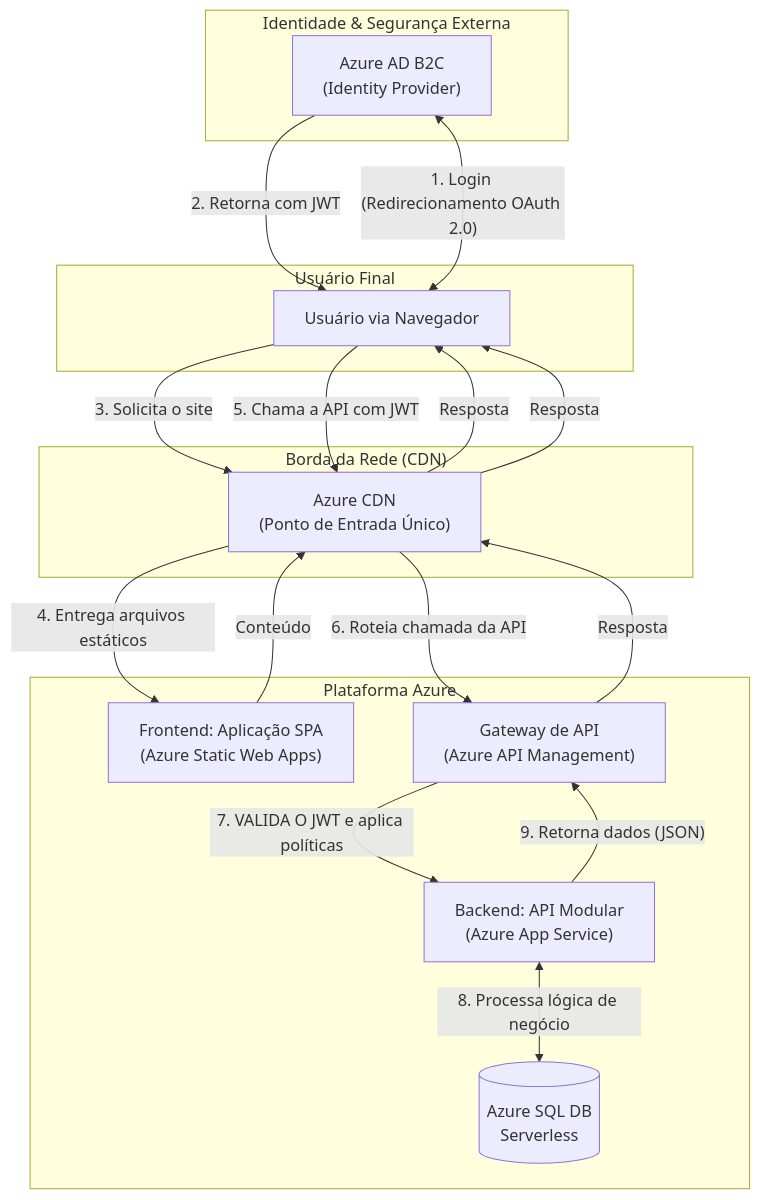
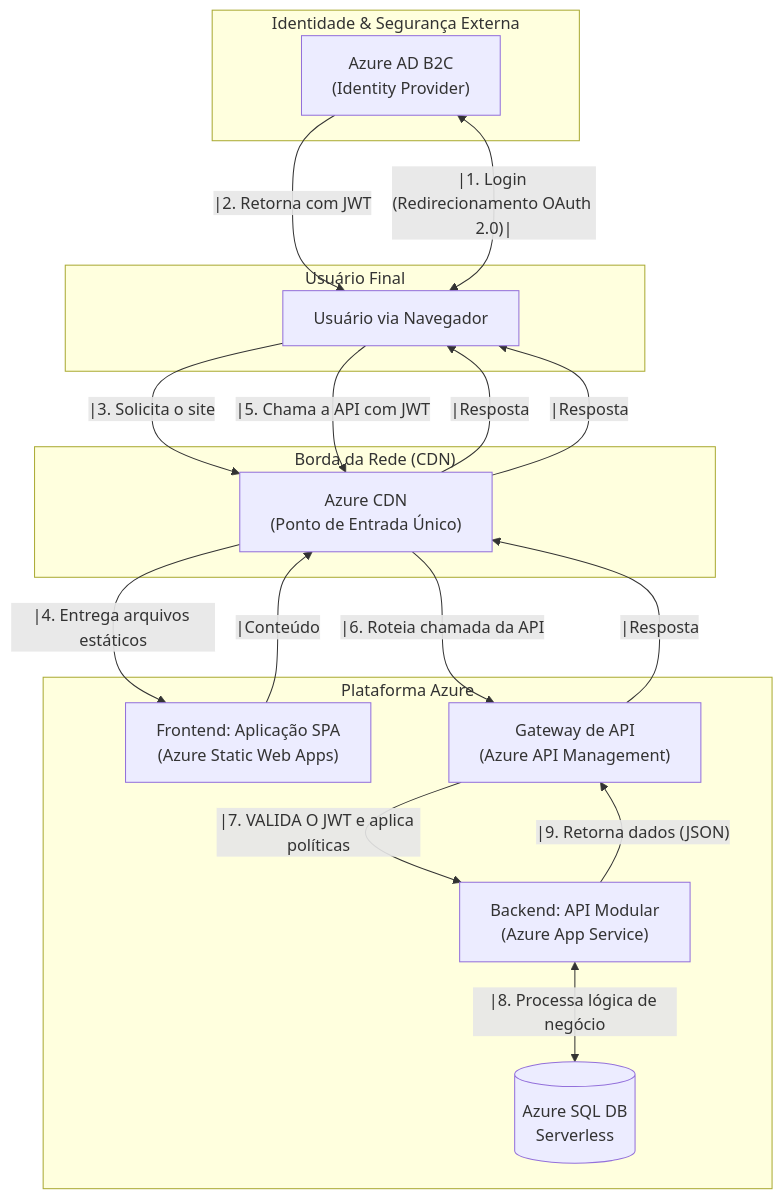
One commit to Darlan82/VCheck changed the diagram in docs/architecture.md. Above: the diagram before and after it, drawn with Mermaid. The commit also changed other lines of this file, not shown here.

Commit message:
Fix diagrama

````diff
--- a/docs/architecture.md
+++ b/docs/architecture.md
@@ -66,37 +70,37 @@
 ```mermaid
 graph TD
     subgraph "Identidade & Segurança Externa"
         IDP["Azure AD B2C<br>(Identity Provider)"]
     end
 
     subgraph "Usuário Final"
         U[Usuário via Navegador]
     end
     
-    U -- "1. Login (Redirecionamento OAuth 2.0)" <--> IDP
-    IDP -- "2. Retorna com JWT" --> U
+    U --|1. Login (Redirecionamento OAuth 2.0)|<--> IDP
+    IDP --|2. Retorna com JWT--> U
 
     subgraph "Borda da Rede (CDN)"
         CDN["Azure CDN<br>(Ponto de Entrada Único)"]
     end
 
     subgraph "Plataforma Azure"
         SWA["Frontend: Aplicação SPA<br>(Azure Static Web Apps)"]
         APIM["Gateway de API<br>(Azure API Management)"]
         API["Backend: API Modular<br>(Azure App Service)"]
         DB[("Azure SQL DB<br>Serverless")]
     end
 
-    U -- "3. Solicita o site" --> CDN
-    CDN -- "4. Entrega arquivos estáticos" --> SWA
-    SWA -- "Conteúdo" --> CDN
-    CDN -- "Resposta" --> U
+    U --|3. Solicita o site --> CDN
+    CDN --|4. Entrega arquivos estáticos --> SWA
+    SWA --|Conteúdo --> CDN
+    CDN --|Resposta --> U
 
-    U -- "5. Chama a API com JWT" --> CDN
-    CDN -- "6. Roteia chamada da API" --> APIM
-    APIM -- "7. VALIDA O JWT e aplica políticas" --> API
-    API -- "8. Processa lógica de negócio" <--> DB
-    API -- "9. Retorna dados (JSON)" --> APIM
-    APIM -- "Resposta" --> CDN
-    CDN -- "Resposta" --> U
+    U --|5. Chama a API com JWT --> CDN
+    CDN --|6. Roteia chamada da API --> APIM
+    APIM --|7. VALIDA O JWT e aplica políticas --> API
+    API --|8. Processa lógica de negócio <--> DB
+    API --|9. Retorna dados (JSON) --> APIM
+    APIM --|Resposta --> CDN
+    CDN --|Resposta --> U
 ```
````
